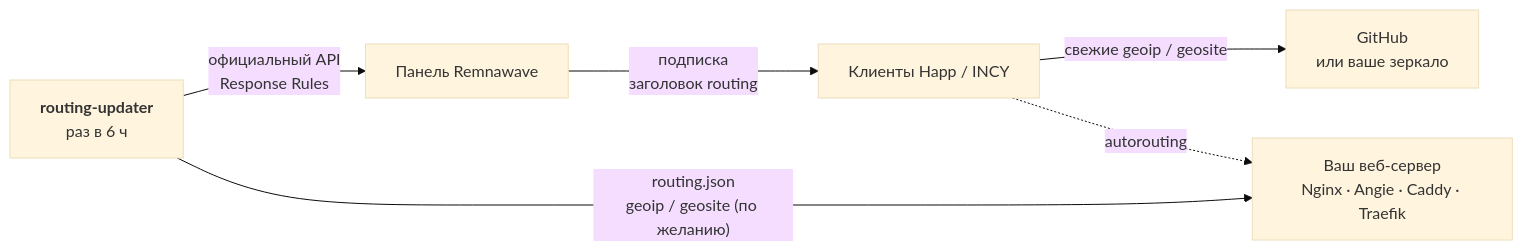
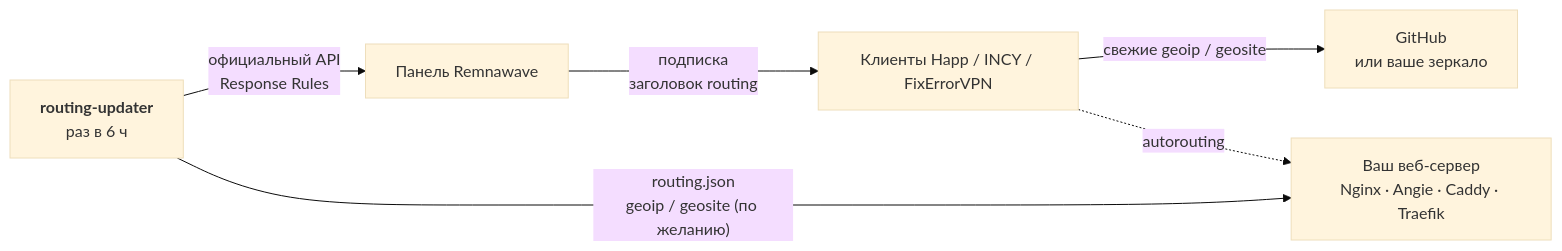
The diagram in README.md (3APA3A-3AHO3A/remnawave-routing-updater), drawn with Mermaid (base theme) before and after one commit. The commit also changed other lines of this file, not shown here.

First line of the commit message:
README: поддержка FixErrorVPN, бейджи clients и python

````diff
--- a/README.md
+++ b/README.md
@@ -61,8 +62,8 @@
 ```mermaid
 flowchart LR
     U["<b>routing-updater</b><br/>раз в 6 ч"] -- "официальный API<br/>Response Rules" --> P["Панель Remnawave"]
     U -- "routing.json<br/>geoip / geosite (по желанию)" --> W["Ваш веб-сервер<br/>Nginx · Angie · Caddy · Traefik"]
-    P -- "подписка<br/>заголовок routing" --> C["Клиенты Happ / INCY"]
+    P -- "подписка<br/>заголовок routing" --> C["Клиенты Happ / INCY / FixErrorVPN"]
     C -- "свежие geoip / geosite" --> G["GitHub<br/>или ваше зеркало"]
     C -. "autorouting" .-> W
 ```
````
